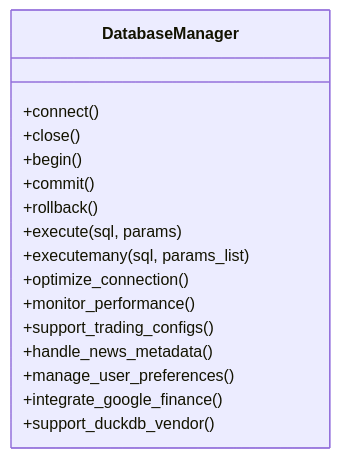
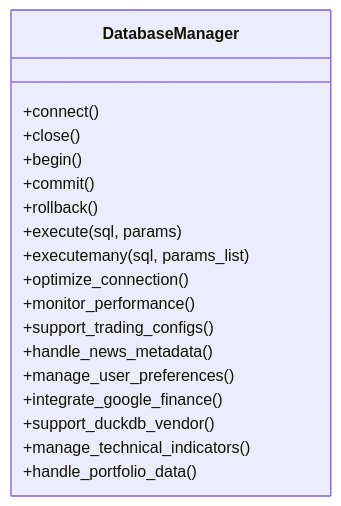
Before and after one commit to ZengSeng/telegram-bot: the ninth of 21 diagrams in .qoder/repowiki/en/content/Core Components/Data Engineering Module/Data Engineering Module.md, drawn with Mermaid. The commit also changed other lines of this file and 15 other files, not shown here.

````diff
--- a/.qoder/repowiki/en/content/Core Components/Data Engineering Module/Data Engineering Module.md
+++ b/.qoder/repowiki/en/content/Core Components/Data Engineering Module/Data Engineering Module.md
@@ -445,19 +560,21 @@
 ```mermaid
 classDiagram
 class DatabaseManager {
 +connect()
 +close()
 +begin()
 +commit()
 +rollback()
 +execute(sql, params)
 +executemany(sql, params_list)
 +optimize_connection()
 +monitor_performance()
 +support_trading_configs()
 +handle_news_metadata()
 +manage_user_preferences()
 +integrate_google_finance()
 +support_duckdb_vendor()
++manage_technical_indicators()
++handle_portfolio_data()
 }
 ```
````
